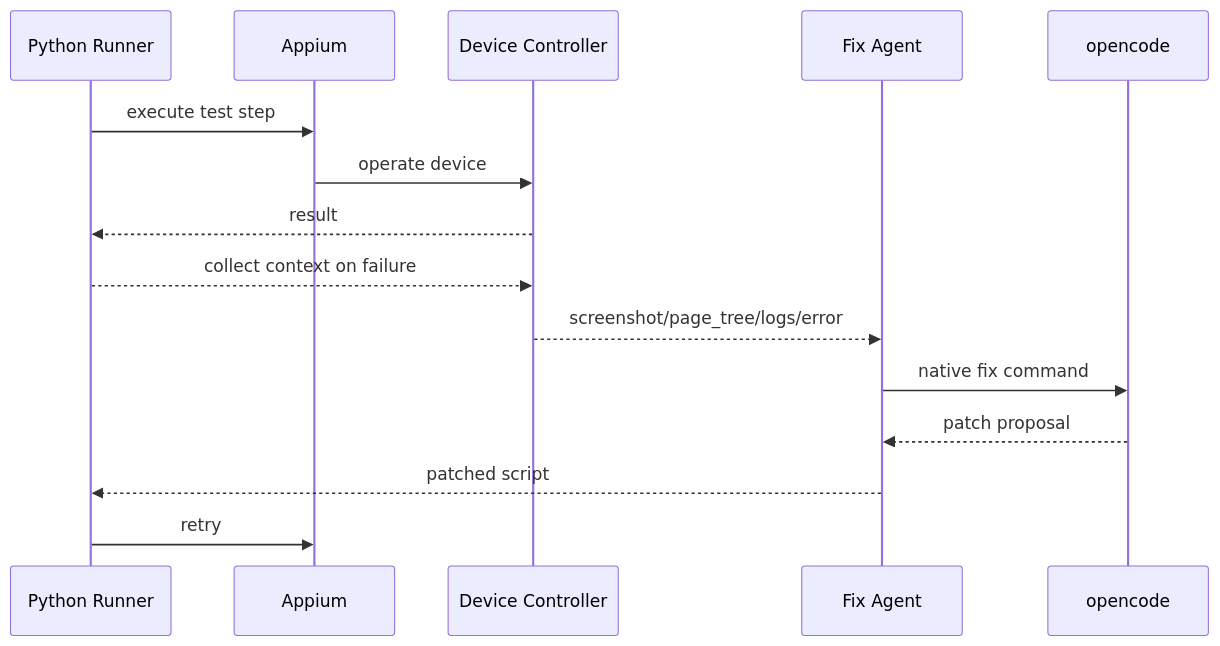
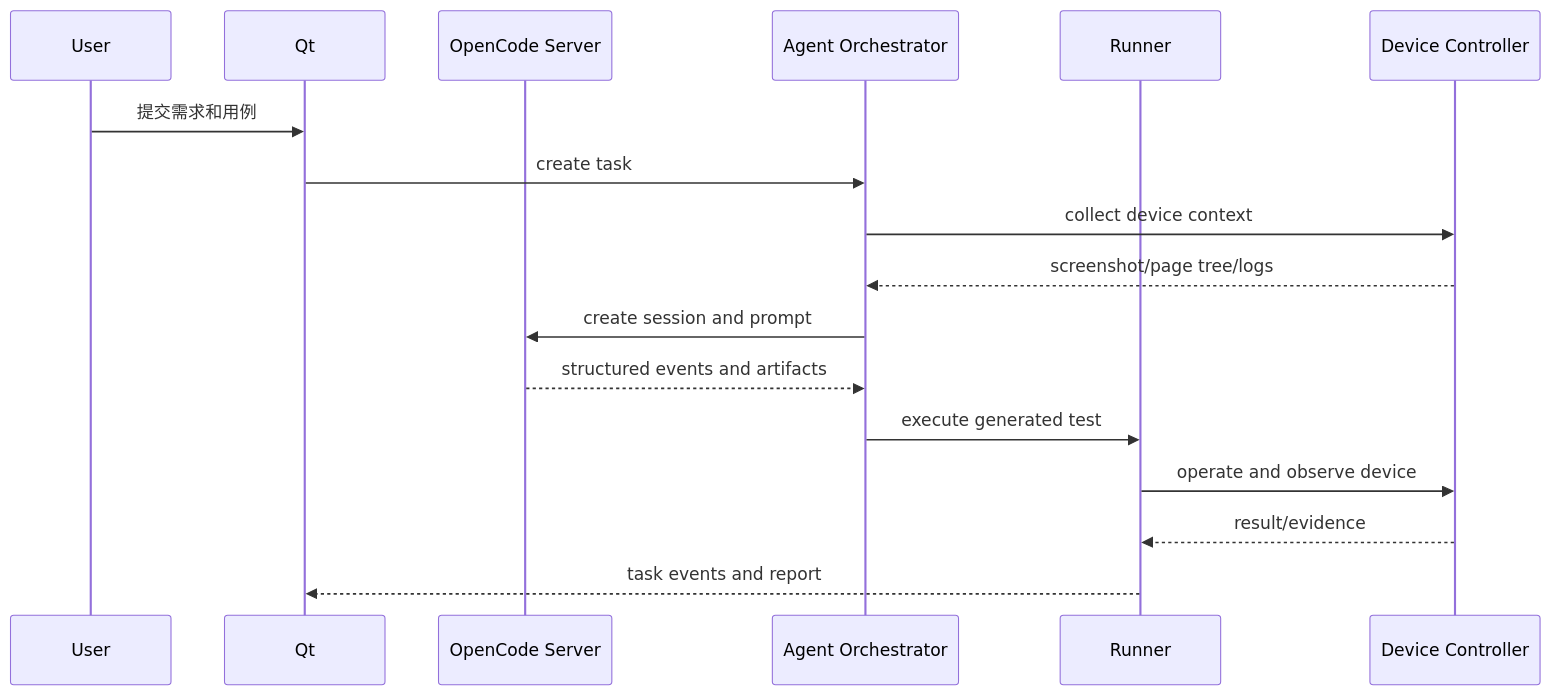
The fourth of 4 diagrams in docs/ARCHITECTURE.md (Zedex666/AI_Mobile_Test_Studio_Codex), drawn with Mermaid before and after one commit. The commit also changed other lines of this file and 46 other files, not shown here.

````diff
--- a/docs/ARCHITECTURE.md
+++ b/docs/ARCHITECTURE.md
@@ -210,18 +179,19 @@
 ```mermaid
 sequenceDiagram
-    participant R as Python Runner
-    participant AP as Appium
+    participant U as User
+    participant Q as Qt
+    participant O as OpenCode Server
+    participant A as Agent Orchestrator
+    participant R as Runner
     participant D as Device Controller
-    participant F as Fix Agent
-    participant O as opencode
-
-    R->>AP: execute test step
-    AP->>D: operate device
-    D-->>R: result
-    R-->>D: collect context on failure
-    D-->>F: screenshot/page_tree/logs/error
-    F->>O: native fix command
-    O-->>F: patch proposal
-    F-->>R: patched script
-    R->>AP: retry
+    U->>Q: 提交需求和用例
+    Q->>A: create task
+    A->>D: collect device context
+    D-->>A: screenshot/page tree/logs
+    A->>O: create session and prompt
+    O-->>A: structured events and artifacts
+    A->>R: execute generated test
+    R->>D: operate and observe device
+    D-->>R: result/evidence
+    R-->>Q: task events and report
 ```
````
